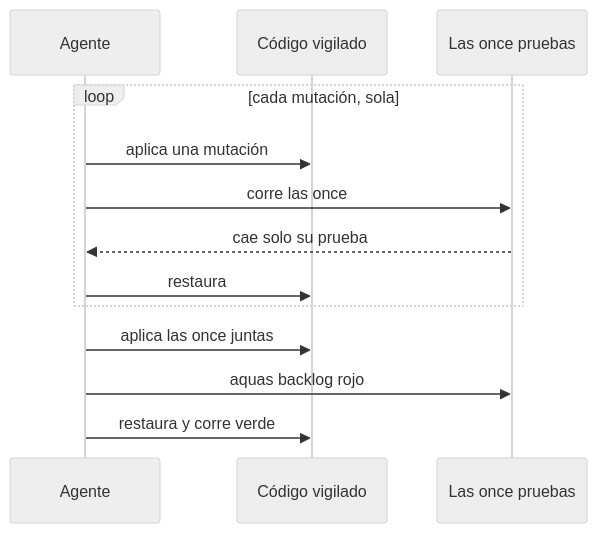
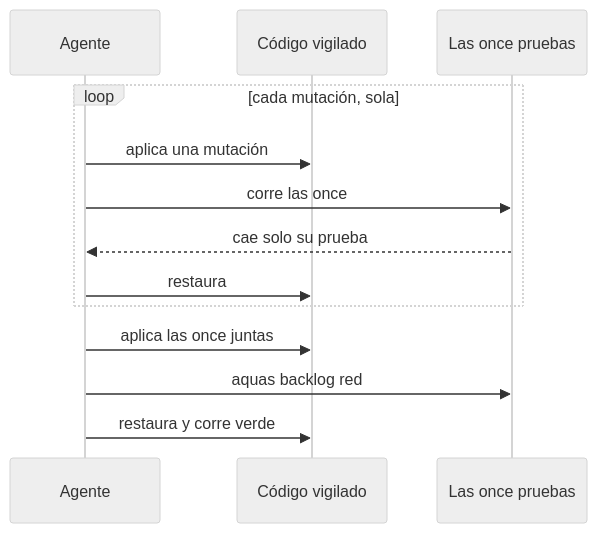
Before and after one commit to jliberal-aquas/aquas-central-harness-government: the diagram in docs/E000/F005/S006.md, drawn with Mermaid (neutral theme). The commit also changed other lines of this file and 184 other files, not shown here.

````diff
--- a/docs/E000/F005/S006.md
+++ b/docs/E000/F005/S006.md
@@ -39,15 +39,15 @@
 ```mermaid
 sequenceDiagram
     participant A as Agente
     participant C as Código vigilado
     participant T as Las once pruebas
     loop cada mutación, sola
         A->>C: aplica una mutación
         A->>T: corre las once
         T-->>A: cae solo su prueba
         A->>C: restaura
     end
     A->>C: aplica las once juntas
-    A->>T: aquas backlog rojo
+    A->>T: aquas backlog red
     A->>C: restaura y corre verde
 ```
````
